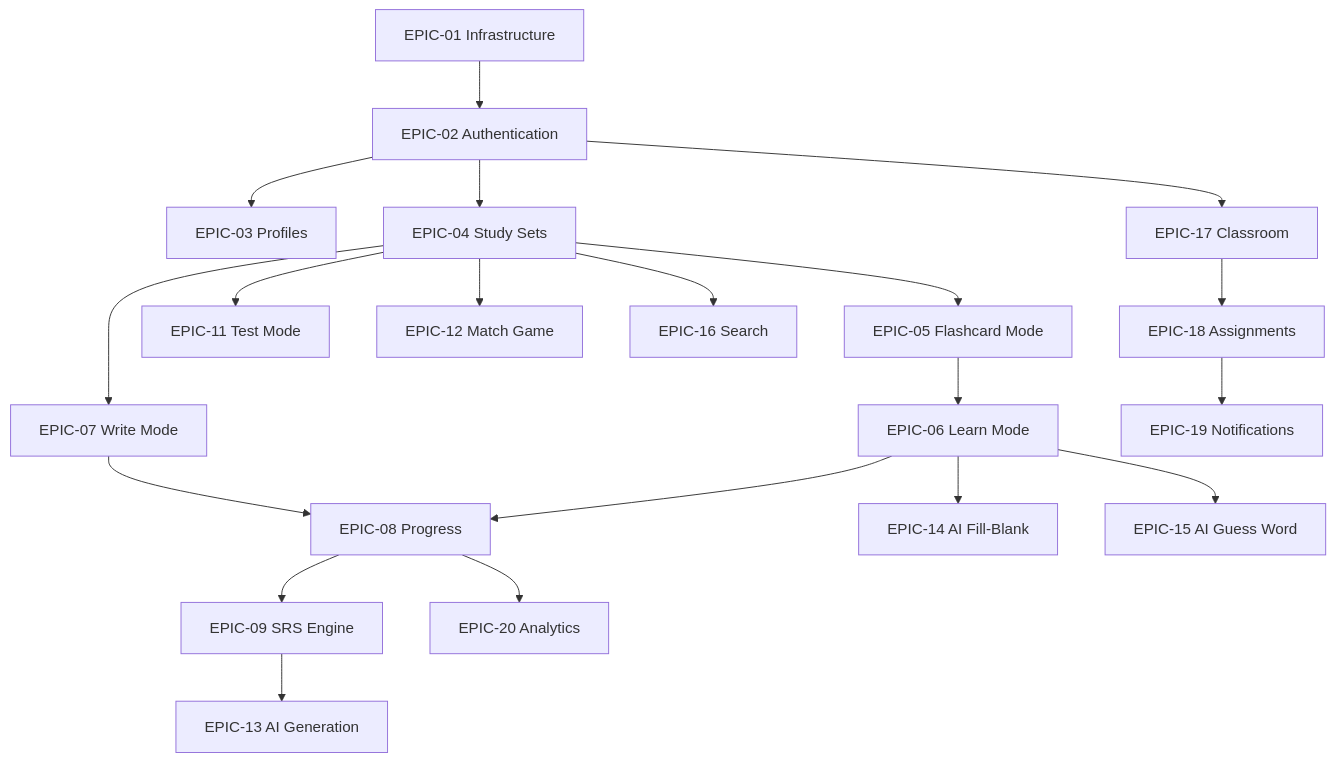
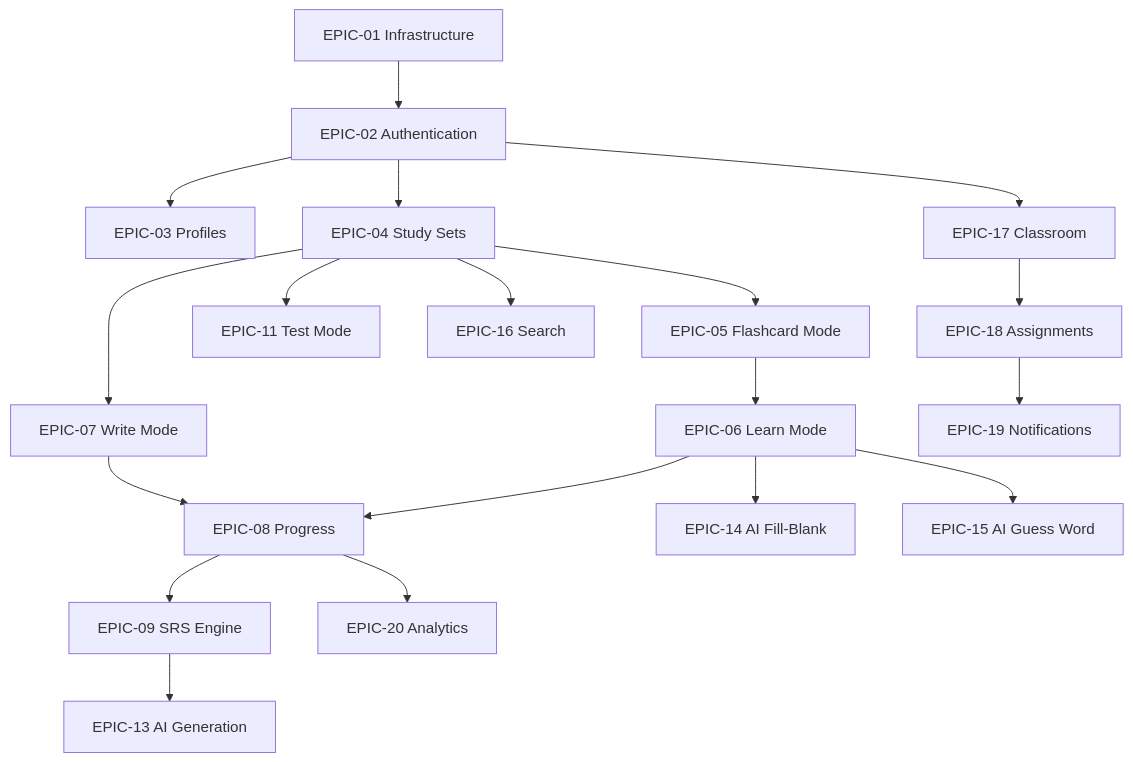
The third of 4 diagrams in docs/Mimir_Roadmap_v1.md (Imba-Team/app), drawn with Mermaid before and after one commit. The commit also changed other lines of this file and 36 other files, not shown here.

````diff
--- a/docs/Mimir_Roadmap_v1.md
+++ b/docs/Mimir_Roadmap_v1.md
@@ -498,36 +494,34 @@
 ```mermaid
 graph TD
   E01[EPIC-01 Infrastructure]
   E02[EPIC-02 Authentication]
   E03[EPIC-03 Profiles]
   E04[EPIC-04 Study Sets]
   E05[EPIC-05 Flashcard Mode]
   E06[EPIC-06 Learn Mode]
   E07[EPIC-07 Write Mode]
   E08[EPIC-08 Progress]
   E09[EPIC-09 SRS Engine]
   E11[EPIC-11 Test Mode]
-  E12[EPIC-12 Match Game]
   E13[EPIC-13 AI Generation]
   E14[EPIC-14 AI Fill-Blank]
   E15[EPIC-15 AI Guess Word]
   E16[EPIC-16 Search]
   E17[EPIC-17 Classroom]
   E18[EPIC-18 Assignments]
   E19[EPIC-19 Notifications]
   E20[EPIC-20 Analytics]
 
   E01 --> E02 --> E03
   E02 --> E04
   E04 --> E05 --> E06 --> E08
   E04 --> E07 --> E08
   E08 --> E09
   E04 --> E11
-  E04 --> E12
   E09 --> E13
   E06 --> E14
   E06 --> E15
   E04 --> E16
   E02 --> E17 --> E18 --> E19
   E08 --> E20
 ```
````
